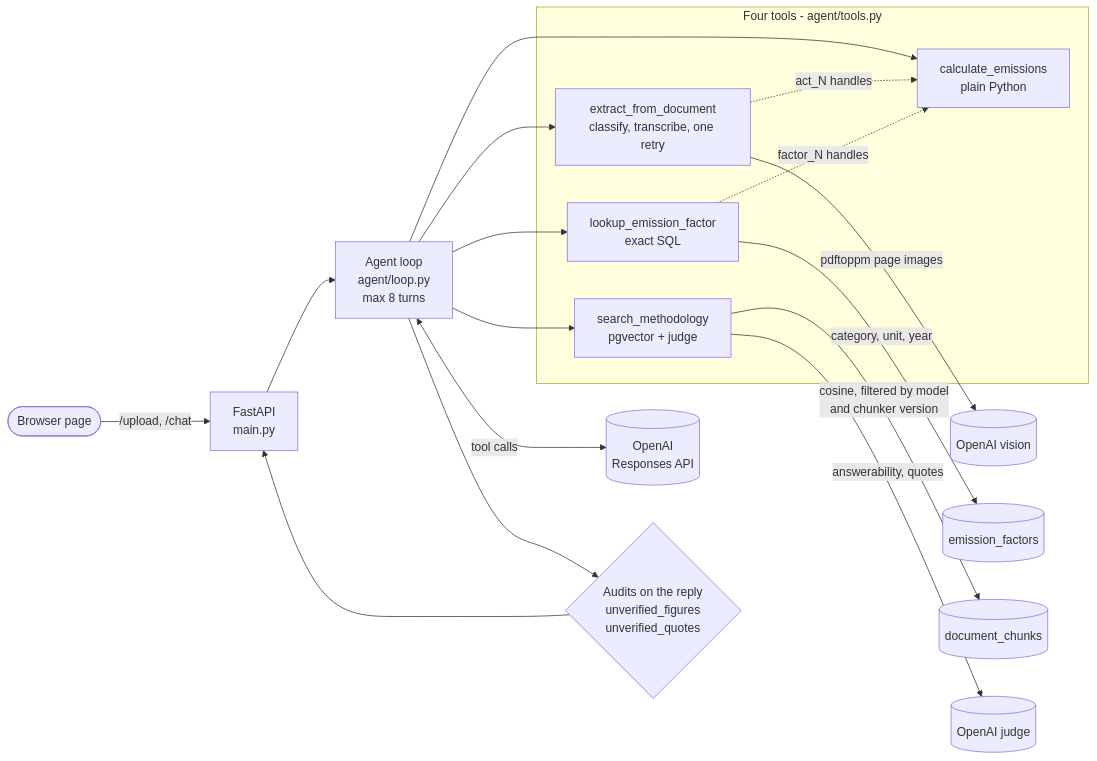
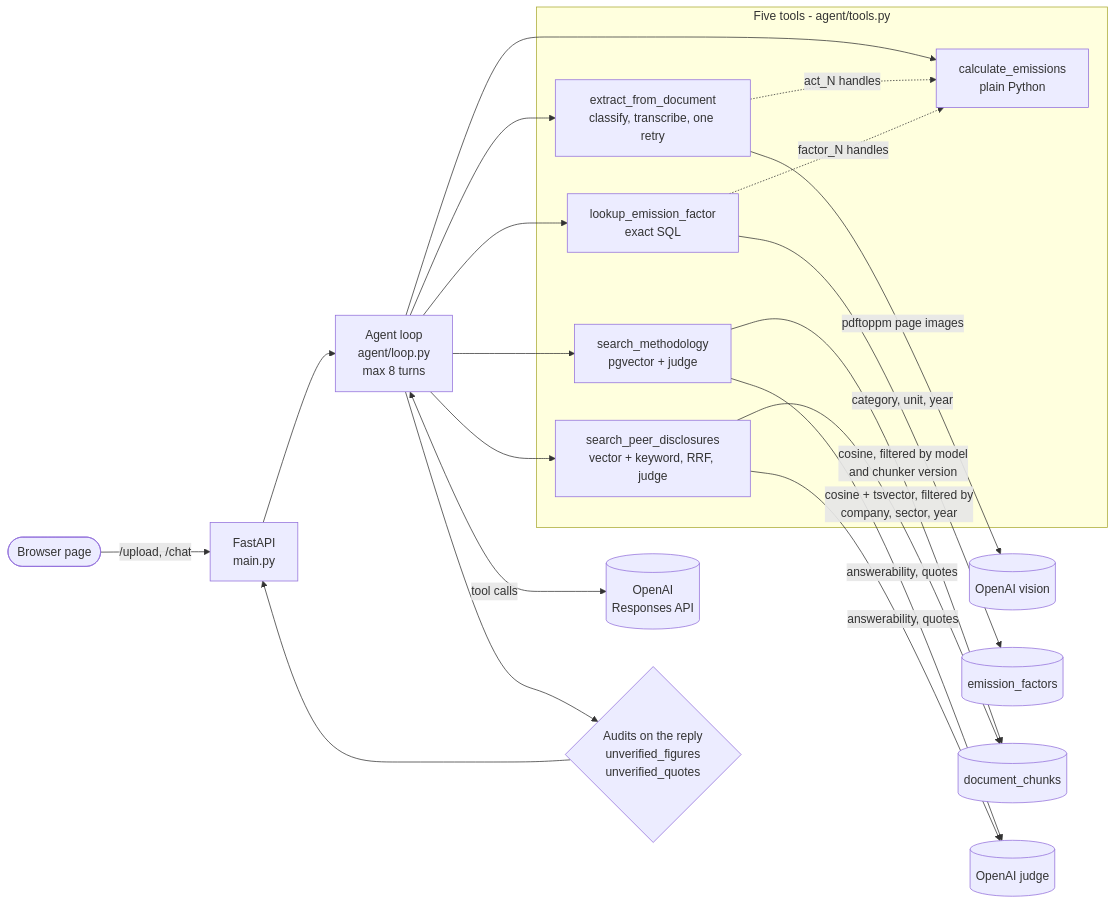
The diagram in docs/architecture.md (LinXH8/Carbon-R), drawn with Mermaid before and after one commit. The commit also changed other lines of this file and 28 other files, not shown here.

First line of the commit message:
Part B first pass: ingest the peer reports; add search_peer_disclosures

````diff
--- a/docs/architecture.md
+++ b/docs/architecture.md
@@ -6,24 +6,27 @@
 ```mermaid
 flowchart LR
     user([Browser page]) -->|/upload, /chat| api[FastAPI<br/>main.py]
     api --> loop[Agent loop<br/>agent/loop.py<br/>max 8 turns]
     loop <-->|tool calls| provider[(OpenAI<br/>Responses API)]
 
-    subgraph tools[Four tools - agent/tools.py]
+    subgraph tools[Five tools - agent/tools.py]
         extract[extract_from_document<br/>classify, transcribe, one retry]
         lookup[lookup_emission_factor<br/>exact SQL]
         calc[calculate_emissions<br/>plain Python]
         method[search_methodology<br/>pgvector + judge]
+        peer[search_peer_disclosures<br/>vector + keyword, RRF, judge]
     end
 
-    loop --> extract & lookup & calc & method
+    loop --> extract & lookup & calc & method & peer
     extract -->|pdftoppm page images| vision[(OpenAI vision)]
     lookup -->|category, unit, year| factors[(emission_factors)]
     method -->|cosine, filtered by model<br/>and chunker version| chunks[(document_chunks)]
     method -->|answerability, quotes| judge[(OpenAI judge)]
+    peer -->|cosine + tsvector, filtered by<br/>company, sector, year| chunks
+    peer -->|answerability, quotes| judge
     extract -.->|act_N handles| calc
     lookup -.->|factor_N handles| calc
 
     loop --> audit{Audits on the reply<br/>unverified_figures<br/>unverified_quotes}
     audit --> api
 ```
````
